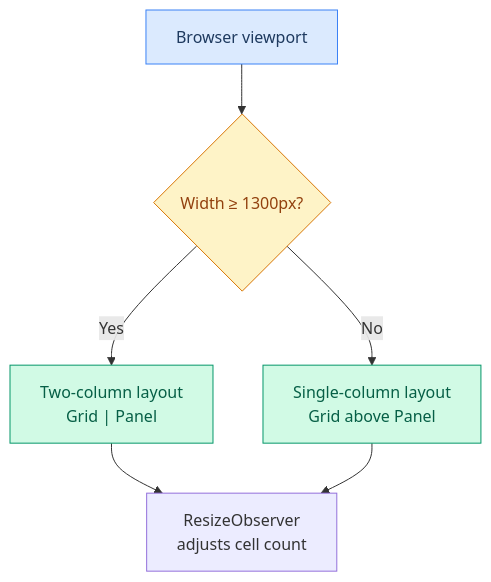
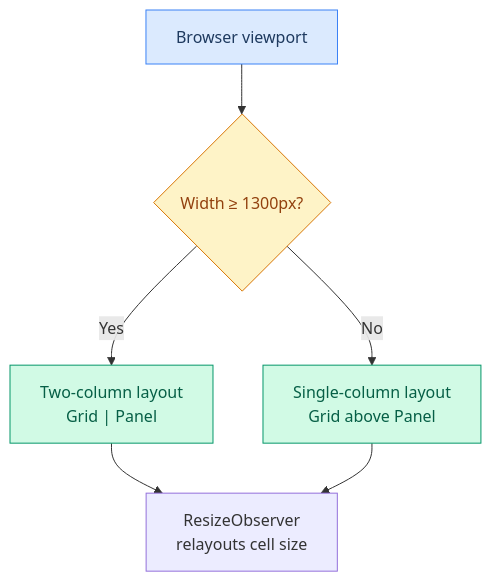
One commit to maci0/recoverage changed diagram 14 of 17 in docs/USER_STORIES.md. Above: the diagram before and after it, drawn with Mermaid. The commit also changed other lines of this file and 17 other files, not shown here.

````diff
--- a/docs/USER_STORIES.md
+++ b/docs/USER_STORIES.md
@@ -438,13 +438,13 @@
 ```mermaid
 graph TD
     A["Browser viewport"] --> B{"Width ≥ 1300px?"}
     B -->|Yes| C["Two-column layout<br/>Grid | Panel"]
     B -->|No| D["Single-column layout<br/>Grid above Panel"]
-    C --> E["ResizeObserver<br/>adjusts cell count"]
+    C --> E["ResizeObserver<br/>relayouts cell size"]
     D --> E
 
     style A fill:#dbeafe,stroke:#3b82f6,color:#1e3a5f
     style C fill:#d1fae5,stroke:#059669,color:#065f46
     style D fill:#d1fae5,stroke:#059669,color:#065f46
     style B fill:#fef3c7,stroke:#d97706,color:#92400e
 ```
````
